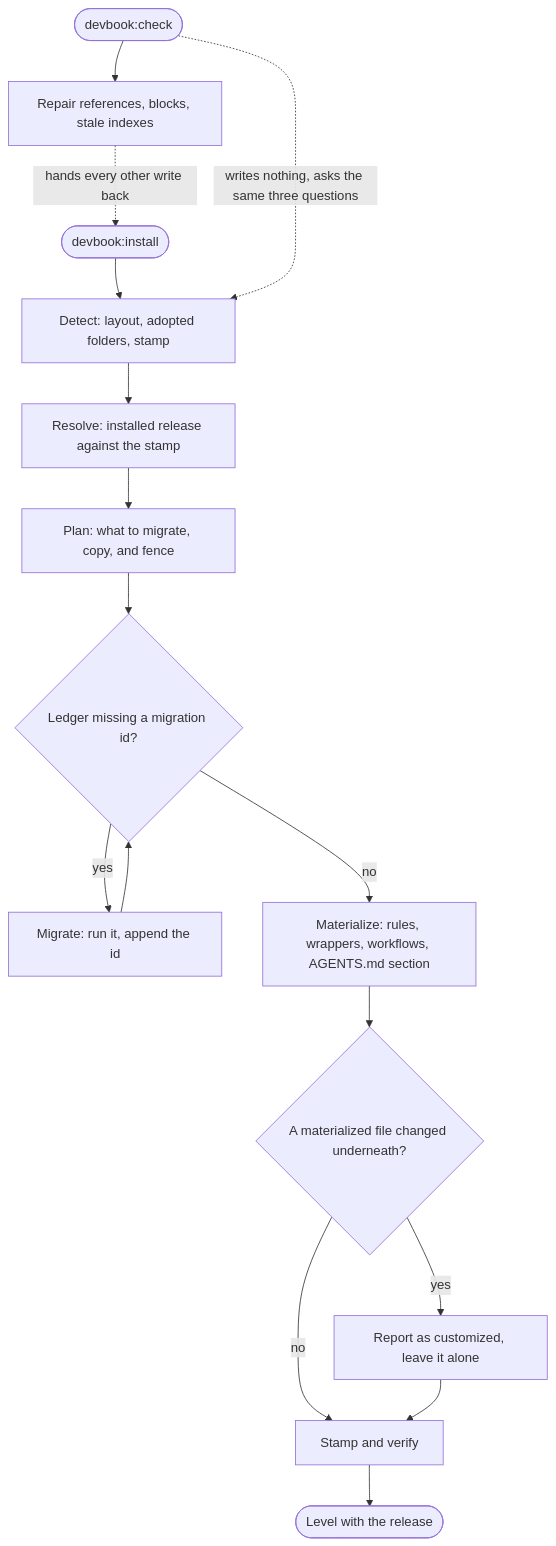
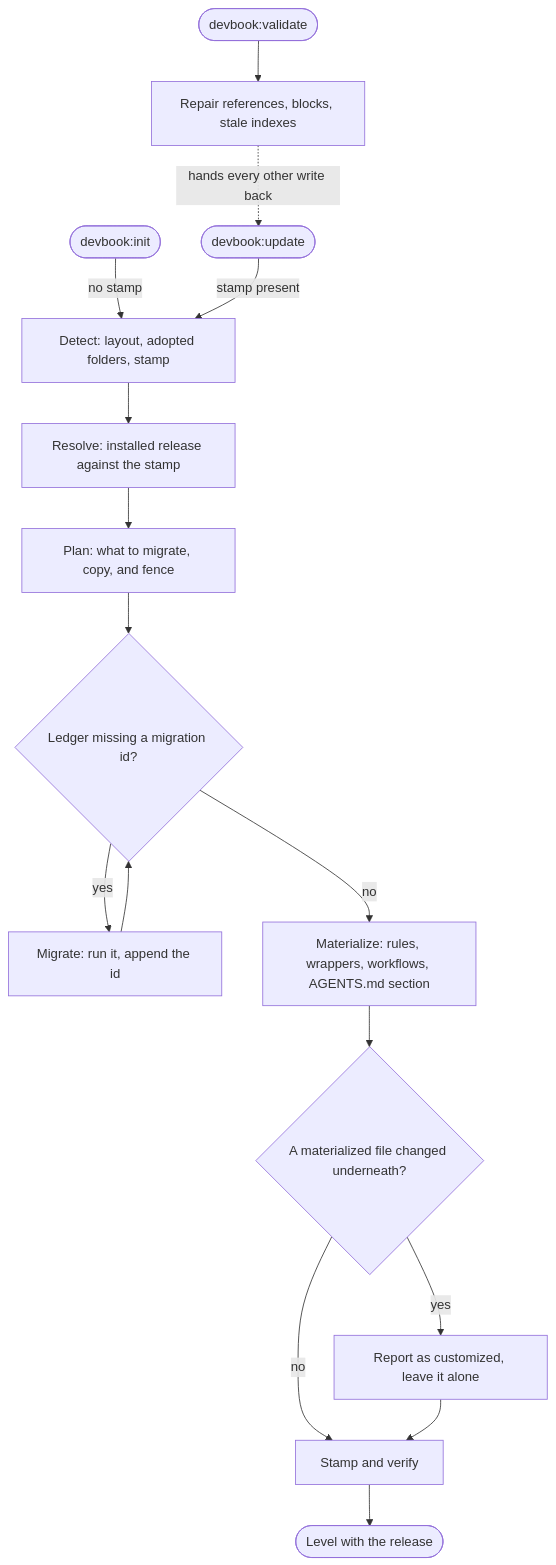
One commit to JSdotNet/devbook changed the second of 4 diagrams in .devbook/arc42/building-blocks/devbook.md. Above: the diagram before and after it, drawn with Mermaid. The commit also changed other lines of this file and 27 other files, not shown here.

First line of the commit message:
devbook: install becomes init and update, check becomes validate

````diff
--- a/.devbook/arc42/building-blocks/devbook.md
+++ b/.devbook/arc42/building-blocks/devbook.md
@@ -653,19 +669,19 @@
 ```mermaid
 flowchart TD
-    start(["devbook:install"]) --> detect["Detect: layout, adopted folders, stamp"]
+    init(["devbook:init"]) -->|"no stamp"| detect["Detect: layout, adopted folders, stamp"]
+    start(["devbook:update"]) -->|"stamp present"| detect
     detect --> resolve["Resolve: installed release against the stamp"]
     resolve --> plan["Plan: what to migrate, copy, and fence"]
     plan --> pending{"Ledger missing a migration id?"}
     pending -->|yes| migrate["Migrate: run it, append the id"]
     migrate --> pending
     pending -->|no| materialize["Materialize: rules, wrappers, workflows, AGENTS.md section"]
     materialize --> drift{"A materialized file changed underneath?"}
     drift -->|yes| report["Report as customized, leave it alone"]
     drift -->|no| stamp["Stamp and verify"]
     report --> stamp
     stamp --> done(["Level with the release"])
 
-    check(["devbook:check"]) -.->|"writes nothing, asks the same three questions"| detect
-    check --> repair["Repair references, blocks, stale indexes"]
+    check(["devbook:validate"]) --> repair["Repair references, blocks, stale indexes"]
     repair -.->|"hands every other write back"| start
 ```
````
